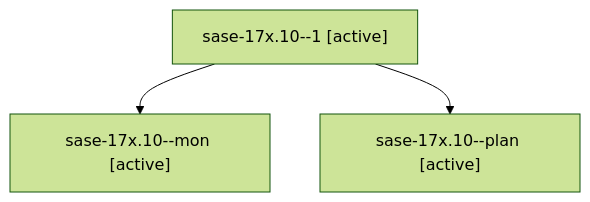
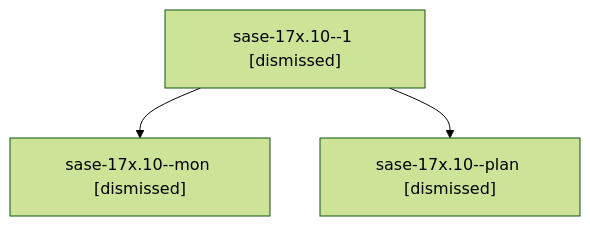
The diagram in sessions/bbugyi200.athena.sase-17x.10.md (sase-org/sase--agents), drawn with Mermaid (forest theme) before and after one commit. The commit also changed other lines of this file and 170 other files, not shown here.

````diff
--- a/sessions/bbugyi200.athena.sase-17x.10.md
+++ b/sessions/bbugyi200.athena.sase-17x.10.md
@@ -9,8 +9,8 @@
 ```mermaid
 flowchart TD
-  n0["sase-17x.10--1 [active]"]
-  n1["sase-17x.10--mon [active]"]
+  n0["sase-17x.10--1 [dismissed]"]
+  n1["sase-17x.10--mon [dismissed]"]
   n0 --> n1
-  n2["sase-17x.10--plan [active]"]
+  n2["sase-17x.10--plan [dismissed]"]
   n0 --> n2
 ```
````
